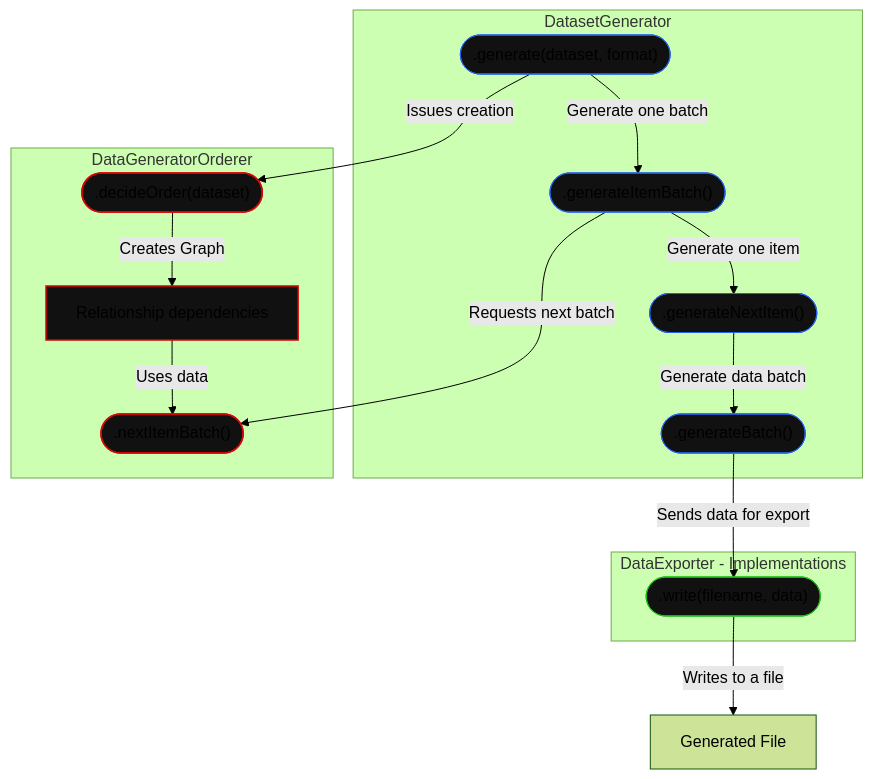
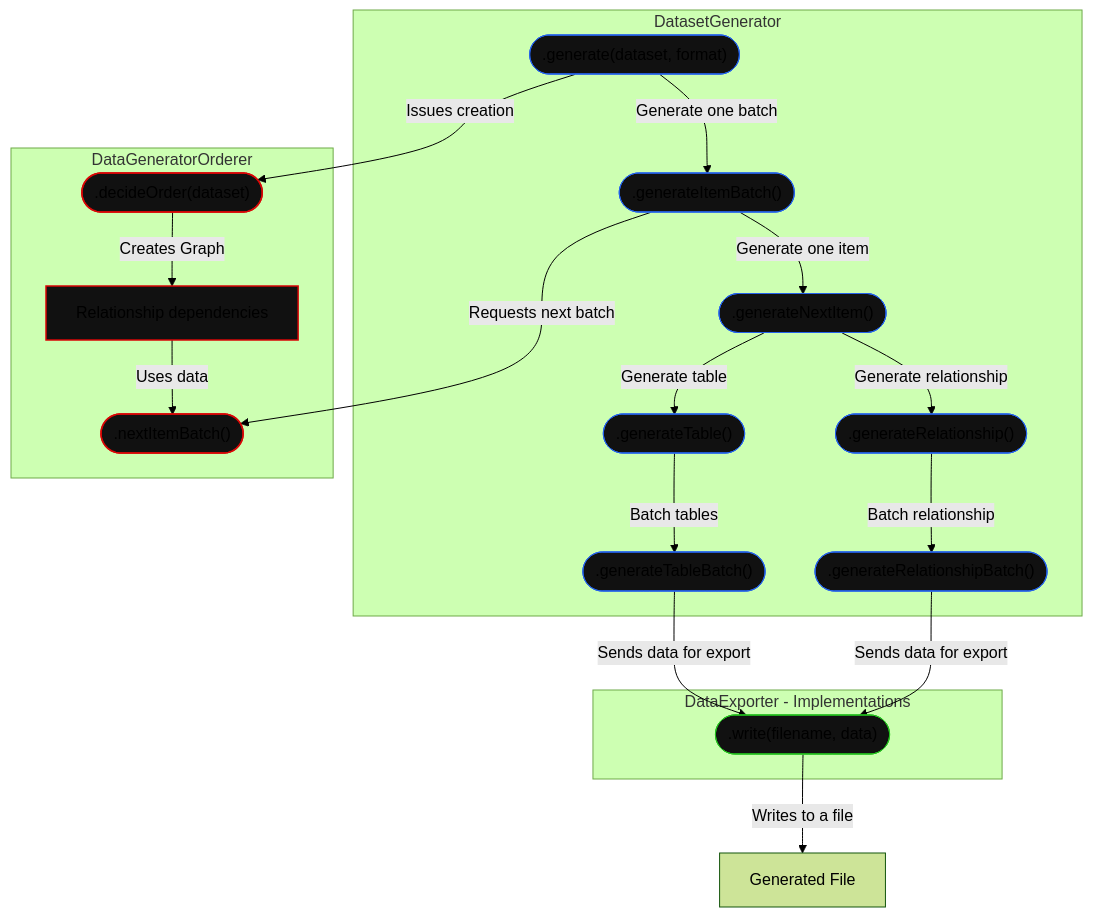
The diagram in docs/GENERATOR.md (SimekJan/oxm-benchmark), drawn with Mermaid (forest theme) before and after one commit.

Commit message:
Update generator docs

````diff
--- a/docs/GENERATOR.md
+++ b/docs/GENERATOR.md
@@ -18,40 +18,48 @@
 ```mermaid
 flowchart TD
     subgraph GENERATOR["DatasetGenerator"]
         GENERATE([".generate(dataset, format)"])
         GENERATE_ITEM_BATCH([".generateItemBatch()"])
         GENERATE_ITEM([".generateNextItem()"])
-        GENERATE_BATCH([".generateBatch()"])
-    
+        
+        GENERATE_TABLE([".generateTable()"])
+        GENERATE_RELATIONSHIP([".generateRelationship()"])
+        GENERATE_TABLE_BATCH([".generateTableBatch()"])
+        GENERATE_RELATIONSHIP_BATCH([".generateRelationshipBatch()"])
+            
         GENERATE -->|"Generate one batch"| GENERATE_ITEM_BATCH
         GENERATE_ITEM_BATCH -->|"Generate one item"| GENERATE_ITEM
-        GENERATE_ITEM -->|"Generate data batch"| GENERATE_BATCH
+        GENERATE_ITEM -->|"Generate table"| GENERATE_TABLE
+        GENERATE_ITEM -->|"Generate relationship"| GENERATE_RELATIONSHIP
+        GENERATE_TABLE -->|"Batch tables"| GENERATE_TABLE_BATCH
+        GENERATE_RELATIONSHIP -->|"Batch relationship"| GENERATE_RELATIONSHIP_BATCH        
     end
     
     subgraph DATA_EXPORTER["DataExporter - Implementations"]
         WRITE([".write(filename, data)"])
     end
     
     subgraph ORDERER["DataGeneratorOrderer"]
         ORDER([".decideOrder(dataset)"])
         GRAPH["Relationship dependencies"]
         NEXT([".nextItemBatch()"])
         
         ORDER -->|"Creates Graph"| GRAPH
         GRAPH -->|"Uses data"| NEXT
     end
 
     GENERATE -->|"Issues creation"| ORDER
     GENERATE_ITEM_BATCH -->|"Requests next batch"| NEXT
-    GENERATE_BATCH -->|"Sends data for export"| WRITE
-    
+    GENERATE_TABLE_BATCH -->|"Sends data for export"| WRITE
+    GENERATE_RELATIONSHIP_BATCH -->|"Sends data for export"| WRITE
+
     WRITE -->|"Writes to a file"| FILE["Generated File"]
 
     classDef generator fill: #111111, stroke: #2563EB
     classDef exporter fill: #111111, stroke: #25c01f
     classDef orderer fill: #111111, stroke: #d90606, stroke-width: 1.5px
 
-    class GENERATE,GENERATE_ITEM_BATCH,GENERATE_ITEM,GENERATE_BATCH generator
+    class GENERATE,GENERATE_ITEM_BATCH,GENERATE_ITEM,GENERATE_TABLE,GENERATE_RELATIONSHIP,GENERATE_TABLE_BATCH,GENERATE_RELATIONSHIP_BATCH generator
     class WRITE exporter
     class ORDER,GRAPH,NEXT orderer
 ```
````
